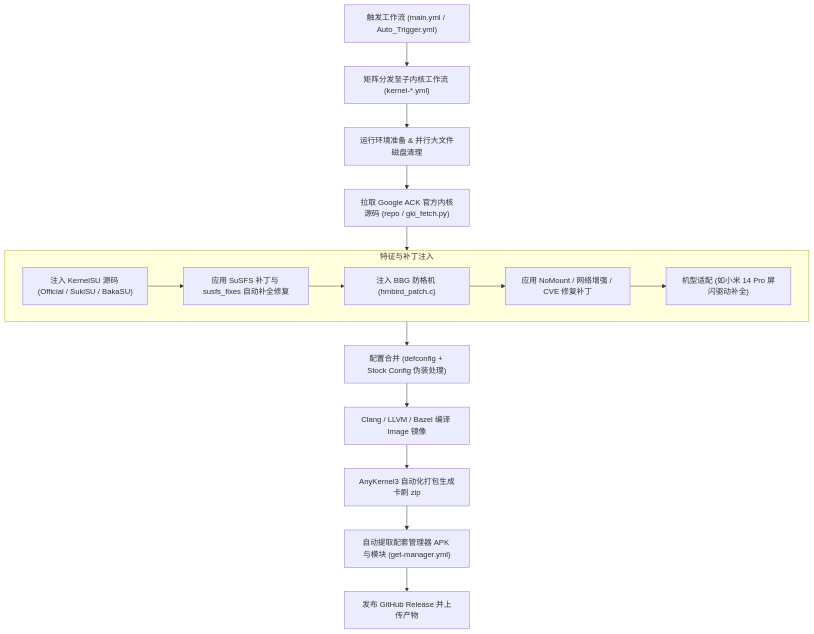
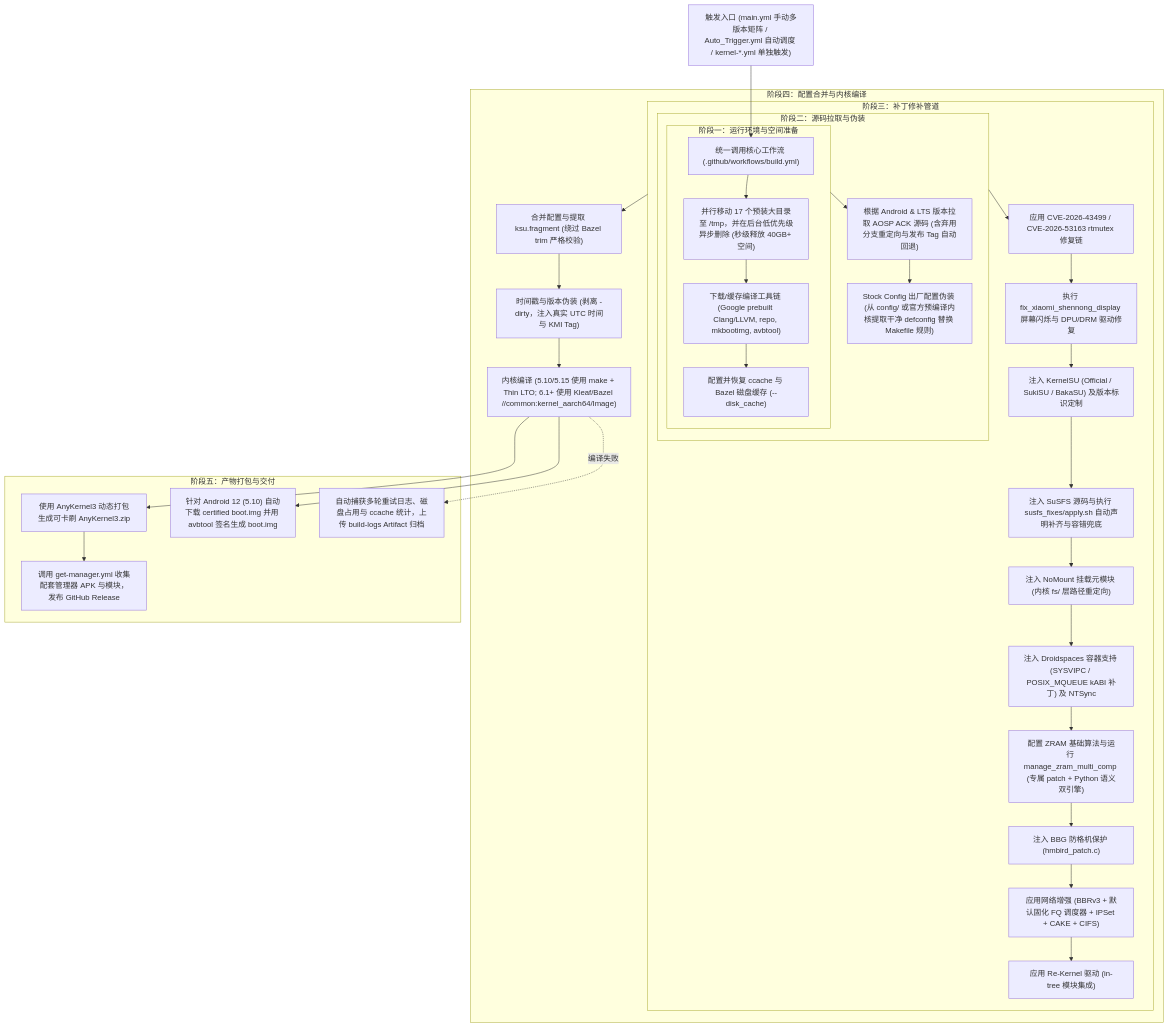
Before and after one commit to Aut520/GKI_KernelSU_SUSFS: the diagram in README.md, drawn with Mermaid. The commit also changed other lines of this file and 3 other files, not shown here.

````diff
--- a/README.md
+++ b/README.md
@@ -93,20 +93,41 @@
 ```mermaid
 flowchart TD
-    A["触发工作流 (main.yml / Auto_Trigger.yml)"] --> B["矩阵分发至子内核工作流 (kernel-*.yml)"]
-    B --> C["运行环境准备 & 并行大文件磁盘清理"]
-    C --> D["拉取 Google ACK 官方内核源码 (repo / gki_fetch.py)"]
-    D --> E["源码补丁注入阶段"]
+    Trigger["触发入口 (main.yml 手动多版本矩阵 / Auto_Trigger.yml 自动调度 / kernel-*.yml 单独触发)"] --> Call["统一调用核心工作流 (.github/workflows/build.yml)"]
     
-    subgraph E ["特征与补丁注入"]
-        E1["注入 KernelSU 源码 (Official / SukiSU / BakaSU)"] --> E2["应用 SuSFS 补丁与 susfs_fixes 自动补全修复"]
-        E2 --> E3["注入 BBG 防格机 (hmbird_patch.c)"]
-        E3 --> E4["应用 NoMount / 网络增强 / CVE 修复补丁"]
-        E4 --> E5["机型适配 (如小米 14 Pro 屏闪驱动补全)"]
+    subgraph S1 ["阶段一：运行环境与空间准备"]
+        Call --> DiskClean["并行移动 17 个预装大目录至 /tmp，并在后台低优先级异步删除 (秒级释放 40GB+ 空间)"]
+        DiskClean --> ToolSetup["下载/缓存编译工具链 (Google prebuilt Clang/LLVM, repo, mkbootimg, avbtool)"]
+        ToolSetup --> CcacheSetup["配置并恢复 ccache 与 Bazel 磁盘缓存 (--disk_cache)"]
     end
 
-    E --> F["配置合并 (defconfig + Stock Config 伪装处理)"]
-    F --> G["Clang / LLVM / Bazel 编译 Image 镜像"]
-    G --> H["AnyKernel3 自动化打包生成卡刷 zip"]
-    H --> I["自动提取配套管理器 APK 与模块 (get-manager.yml)"]
-    I --> J["发布 GitHub Release 并上传产物"]
+    subgraph S2 ["阶段二：源码拉取与伪装"]
+        S1 --> RepoSync["根据 Android & LTS 版本拉取 AOSP ACK 源码 (含弃用分支重定向与发布 Tag 自动回退)"]
+        RepoSync --> StockConfig["Stock Config 出厂配置伪装 (从 config/ 或官方预编译内核提取干净 defconfig 替换 Makefile 规则)"]
+    end
+
+    subgraph S3 ["阶段三：补丁修补管道"]
+        S2 --> P1["应用 CVE-2026-43499 / CVE-2026-53163 rtmutex 修复链"]
+        P1 --> P2["执行 fix_xiaomi_shennong_display 屏幕闪烁与 DPU/DRM 驱动修复"]
+        P2 --> P3["注入 KernelSU (Official / SukiSU / BakaSU) 及版本标识定制"]
+        P3 --> P4["注入 SuSFS 源码与执行 susfs_fixes/apply.sh 自动声明补齐与容错兜底"]
+        P4 --> P5["注入 NoMount 挂载元模块 (内核 fs/ 层路径重定向)"]
+        P5 --> P6["注入 Droidspaces 容器支持 (SYSVIPC / POSIX_MQUEUE kABI 补丁) 及 NTSync"]
+        P6 --> P7["配置 ZRAM 基础算法与运行 manage_zram_multi_comp (专属 patch + Python 语义双引擎)"]
+        P7 --> P8["注入 BBG 防格机保护 (hmbird_patch.c)"]
+        P8 --> P9["应用网络增强 (BBRv3 + 默认固化 FQ 调度器 + IPSet + CAKE + CIFS)"]
+        P9 --> P10["应用 Re-Kernel 驱动 (in-tree 模块集成)"]
+    end
+
+    subgraph S4 ["阶段四：配置合并与内核编译"]
+        S3 --> KconfigMerge["合并配置与提取 ksu.fragment (绕过 Bazel trim 严格校验)"]
+        KconfigMerge --> SetVersion["时间戳与版本伪装 (剥离 -dirty，注入真实 UTC 时间与 KMI Tag)"]
+        SetVersion --> Compile["内核编译 (5.10/5.15 使用 make + Thin LTO; 6.1+ 使用 Kleaf/Bazel //common:kernel_aarch64/Image)"]
+    end
+
+    subgraph S5 ["阶段五：产物打包与交付"]
+        Compile --> PackageAK3["使用 AnyKernel3 动态打包生成可卡刷 AnyKernel3.zip"]
+        Compile --> BuildBoot["针对 Android 12 (5.10) 自动下载 certified boot.img 并用 avbtool 签名生成 boot.img"]
+        PackageAK3 --> PublishRelease["调用 get-manager.yml 收集配套管理器 APK 与模块，发布 GitHub Release"]
+        Compile -.->|编译失败| FailLog["自动捕获多轮重试日志、磁盘占用与 ccache 统计，上传 build-logs Artifact 归档"]
+    end
 ```
````
